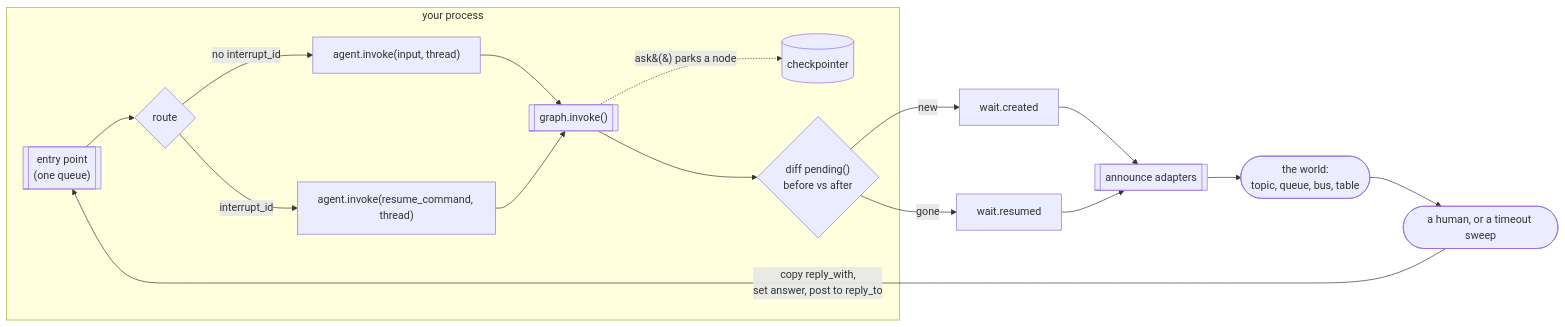
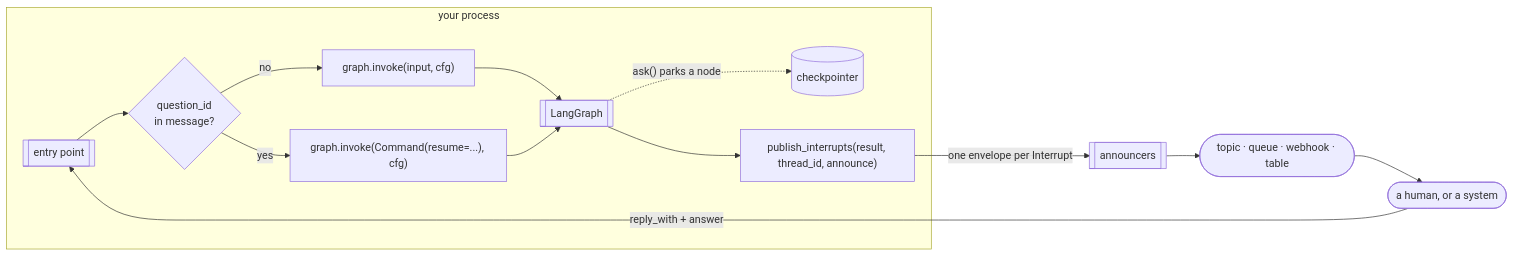
Before and after one commit to skamalj/agent-wait: the diagram in docs/architecture.md, drawn with Mermaid. The commit also changed other lines of this file and 58 other files, not shown here.

````diff
--- a/docs/architecture.md
+++ b/docs/architecture.md
@@ -5,19 +5,16 @@
 ```mermaid
 flowchart LR
-    subgraph agent["your process"]
-        Q[["entry point<br/>(one queue)"]] --> R{route}
-        R -->|no interrupt_id| I["agent.invoke(input, thread)"]
-        R -->|interrupt_id| RS["agent.invoke(resume_command, thread)"]
-        I --> G[["graph.invoke()"]]
+    subgraph host["your process"]
+        Q[["entry point"]] --> R{"question_id<br/>in message?"}
+        R -->|no| I["graph.invoke(input, cfg)"]
+        R -->|yes| RS["graph.invoke(Command(resume=...), cfg)"]
+        I --> G[["LangGraph"]]
         RS --> G
-        G -.->|ask&#40;&#41; parks a node| CP[(checkpointer)]
-        G --> D{"diff pending()<br/>before vs after"}
+        G -.->|"ask() parks a node"| CP[(checkpointer)]
+        G --> P["publish_interrupts(result, thread_id, announce)"]
     end
-
-    D -->|new| CREATED["wait.created"]
-    D -->|gone| RESUMED["wait.resumed"]
-    CREATED & RESUMED --> A[["announce adapters"]]
-    A --> W(["the world:<br/>topic, queue, bus, table"])
-    W --> H([a human, or a timeout sweep])
-    H -->|"copy reply_with,<br/>set answer, post to reply_to"| Q
+    P -->|"one envelope per Interrupt"| A[["announcers"]]
+    A --> W(["topic · queue · webhook · table"])
+    W --> H([a human, or a system])
+    H -->|"reply_with + answer"| Q
 ```
````
